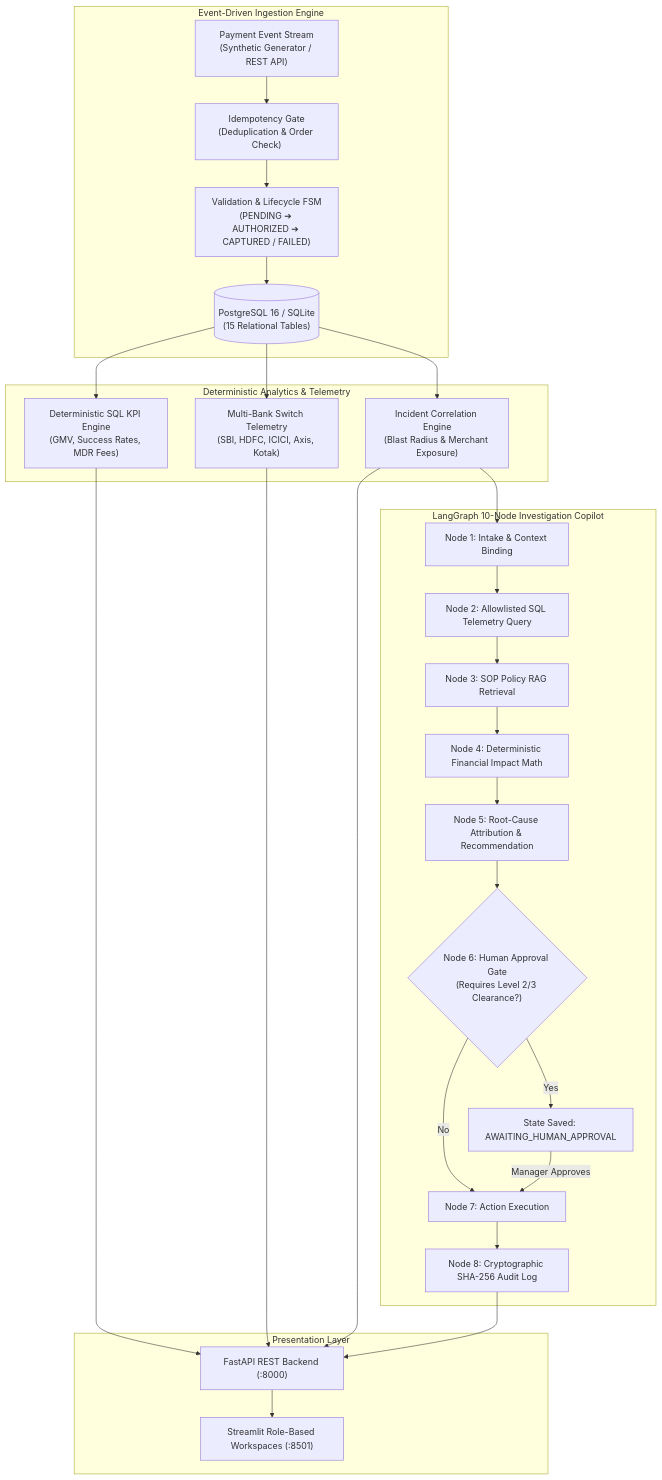
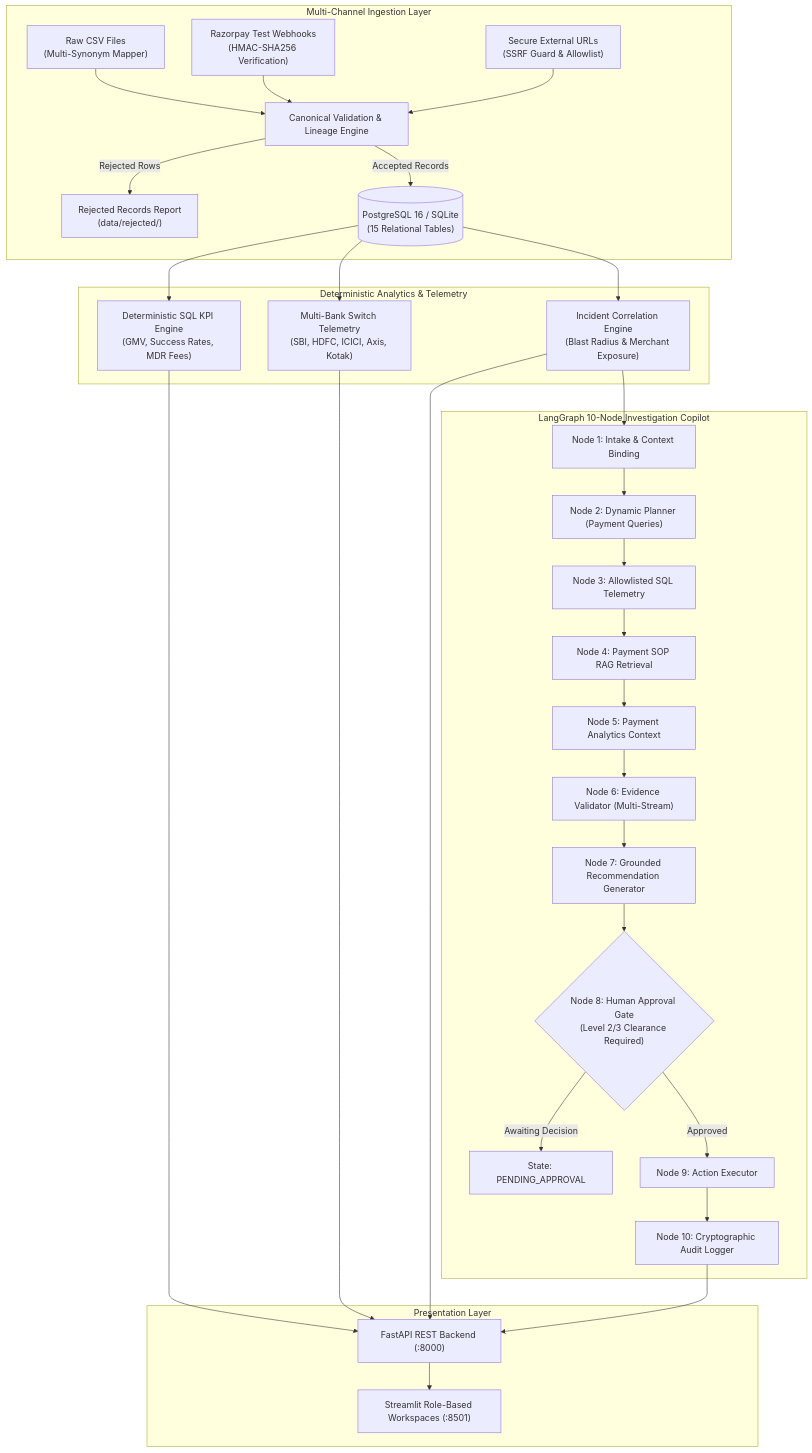
The diagram in README.md (naveenkotnana/PayBridge-Payments-AI-Powered-FinOps-Payment-Operations-Platform), drawn with Mermaid before and after one commit. The commit also changed other lines of this file and 29 other files, not shown here.

````diff
--- a/README.md
+++ b/README.md
@@ -163,32 +132,35 @@
 ```mermaid
 flowchart TD
-    subgraph Ingestion ["Event-Driven Ingestion Engine"]
-        A["Payment Event Stream<br>(Synthetic Generator / REST API)"] --> B["Idempotency Gate<br>(Deduplication & Order Check)"]
-        B --> C["Validation & Lifecycle FSM<br>(PENDING ➔ AUTHORIZED ➔ CAPTURED / FAILED)"]
-        C --> D[("PostgreSQL 16 / SQLite<br>(15 Relational Tables)")]
+    subgraph Ingestion ["Multi-Channel Ingestion Layer"]
+        A1["Raw CSV Files<br>(Multi-Synonym Mapper)"] --> B["Canonical Validation & Lineage Engine"]
+        A2["Razorpay Test Webhooks<br>(HMAC-SHA256 Verification)"] --> B
+        A3["Secure External URLs<br>(SSRF Guard & Allowlist)"] --> B
+        B -->|Rejected Rows| R["Rejected Records Report<br>(data/rejected/)"]
+        B -->|Accepted Records| D[("PostgreSQL 16 / SQLite<br>(15 Relational Tables)")]
     end
 
     subgraph Analytics_Engine ["Deterministic Analytics & Telemetry"]
         D --> E["Deterministic SQL KPI Engine<br>(GMV, Success Rates, MDR Fees)"]
         D --> F["Multi-Bank Switch Telemetry<br>(SBI, HDFC, ICICI, Axis, Kotak)"]
         D --> G["Incident Correlation Engine<br>(Blast Radius & Merchant Exposure)"]
     end
 
     subgraph Agentic_Copilot ["LangGraph 10-Node Investigation Copilot"]
         G --> H["Node 1: Intake & Context Binding"]
-        H --> I["Node 2: Allowlisted SQL Telemetry Query"]
-        I --> J["Node 3: SOP Policy RAG Retrieval"]
-        J --> K["Node 4: Deterministic Financial Impact Math"]
-        K --> L["Node 5: Root-Cause Attribution & Recommendation"]
-        L --> M{"Node 6: Human Approval Gate<br>(Requires Level 2/3 Clearance?)"}
-        M -->|Yes| N["State Saved: AWAITING_HUMAN_APPROVAL"]
-        M -->|No| O["Node 7: Action Execution"]
-        N -->|Manager Approves| O
-        O --> P["Node 8: Cryptographic SHA-256 Audit Log"]
+        H --> I["Node 2: Dynamic Planner (Payment Queries)"]
+        I --> J["Node 3: Allowlisted SQL Telemetry"]
+        J --> K["Node 4: Payment SOP RAG Retrieval"]
+        K --> L["Node 5: Payment Analytics Context"]
+        L --> M["Node 6: Evidence Validator (Multi-Stream)"]
+        M --> N["Node 7: Grounded Recommendation Generator"]
+        N --> O{"Node 8: Human Approval Gate<br>(Level 2/3 Clearance Required)"}
+        O -->|Awaiting Decision| P["State: PENDING_APPROVAL"]
+        O -->|Approved| Q["Node 9: Action Executor"]
+        Q --> S["Node 10: Cryptographic Audit Logger"]
     end
 
     subgraph Presentation ["Presentation Layer"]
-        E & F & G & P --> Q["FastAPI REST Backend (:8000)"]
-        Q --> R["Streamlit Role-Based Workspaces (:8501)"]
+        E & F & G & S --> T["FastAPI REST Backend (:8000)"]
+        T --> U["Streamlit Role-Based Workspaces (:8501)"]
     end
 ```
````
